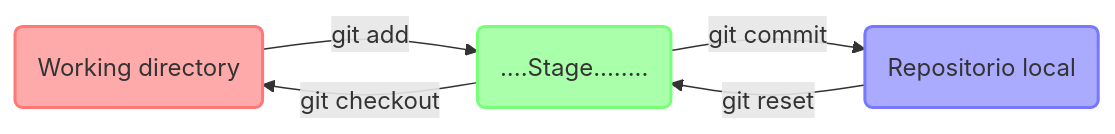
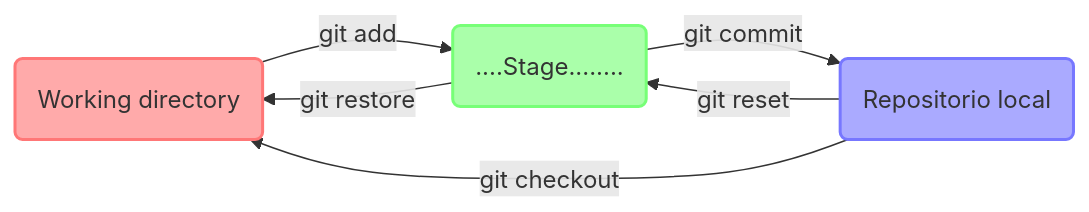
One commit to CNEA-AQ/curso-programacion changed the first of 6 diagrams in _clases/git.md. Above: the diagram before and after it, drawn with Mermaid.

Commit message:
bug en git

````diff
--- a/_clases/git.md
+++ b/_clases/git.md
@@ -49,13 +49,14 @@
 ```mermaid
 flowchart LR
 W(Working directory);
 S(....Stage........);
 H(Repositorio local);
 H--git reset   -->S;
-S--git checkout-->W;
+S--git restore -->W;
+H--git checkout-->W;
 W--git add     -->S;
 S--git commit  -->H;
     style W textColor:#fff,fill:#faa,stroke:#f77,stroke-width:2px,padding:20px
     style S textColor:#fff,fill:#afa,stroke:#7f7,stroke-width:2px,padding:20px
     style H textColor:#fff,fill:#aaf,stroke:#77f,stroke-width:2px,padding:20px 
 ```
````
